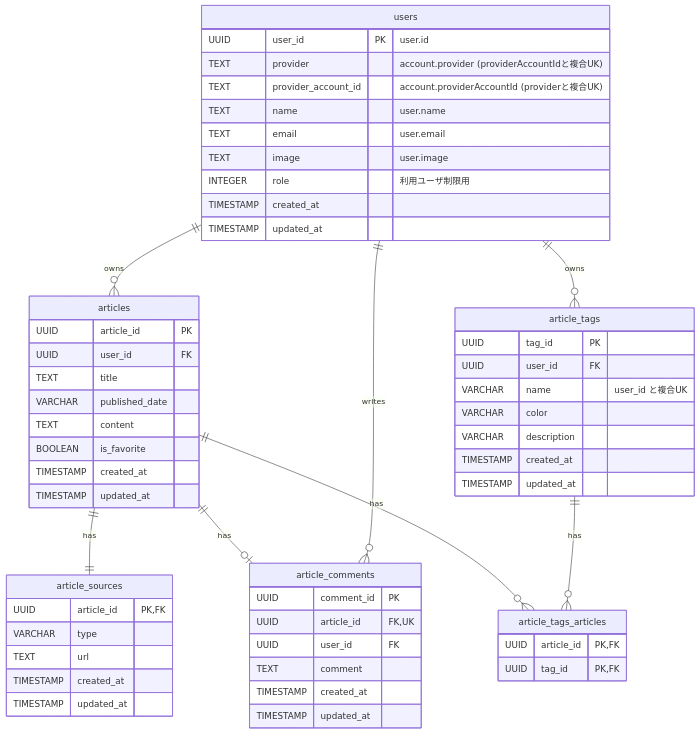
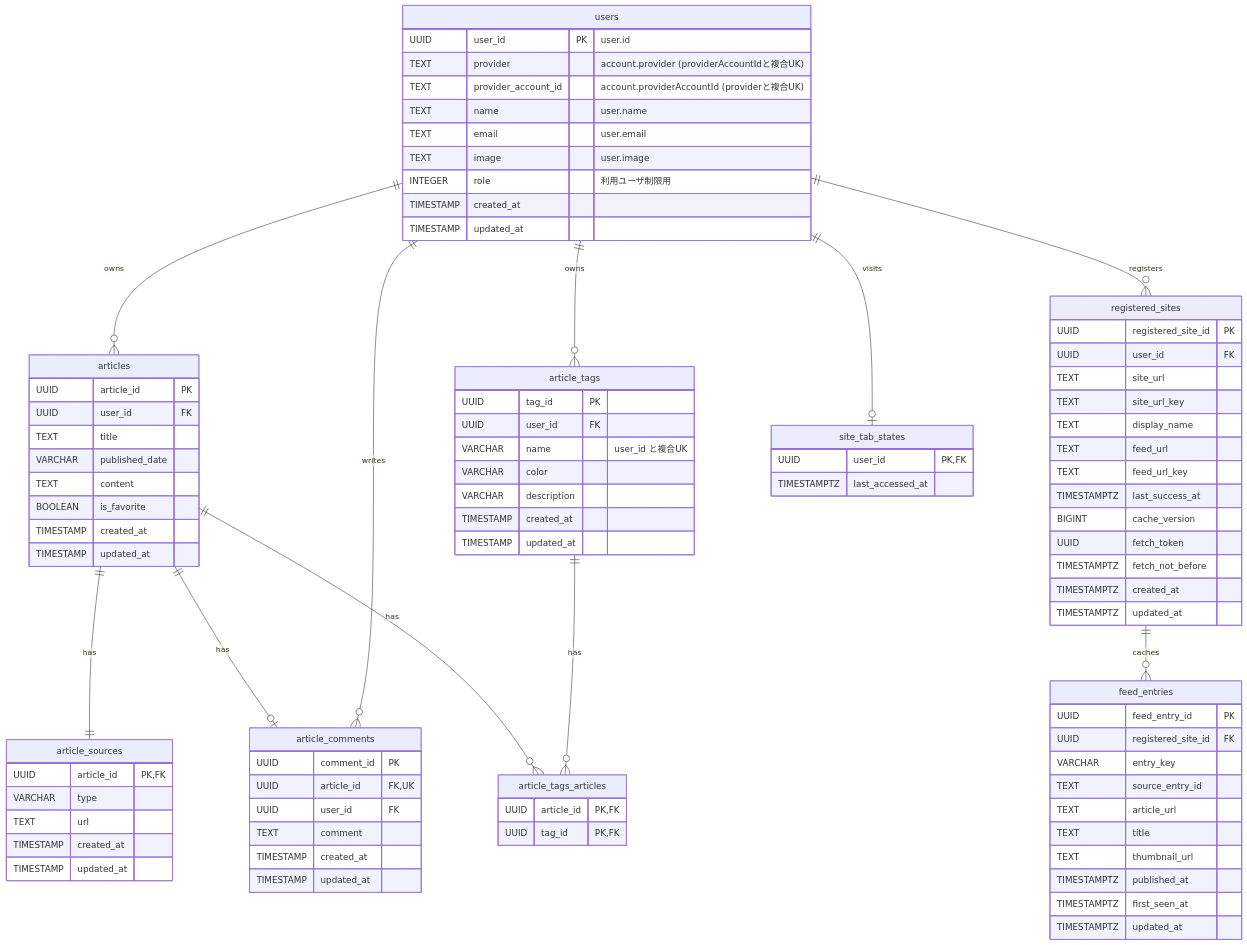
One commit to 2-yudetama/article-freezer changed the diagram in docs/architecture/er.md. Above: the diagram before and after it, drawn with Mermaid. The commit also changed 4 other files, not shown here.

````diff
--- a/docs/architecture/er.md
+++ b/docs/architecture/er.md
@@ -55,6 +55,40 @@
         UUID tag_id PK, FK
     }
 
+    registered_sites {
+        UUID registered_site_id PK
+        UUID user_id FK
+        TEXT site_url
+        TEXT site_url_key
+        TEXT display_name
+        TEXT feed_url
+        TEXT feed_url_key
+        TIMESTAMPTZ last_success_at
+        BIGINT cache_version
+        UUID fetch_token
+        TIMESTAMPTZ fetch_not_before
+        TIMESTAMPTZ created_at
+        TIMESTAMPTZ updated_at
+    }
+
+    feed_entries {
+        UUID feed_entry_id PK
+        UUID registered_site_id FK
+        VARCHAR entry_key
+        TEXT source_entry_id
+        TEXT article_url
+        TEXT title
+        TEXT thumbnail_url
+        TIMESTAMPTZ published_at
+        TIMESTAMPTZ first_seen_at
+        TIMESTAMPTZ updated_at
+    }
+
+    site_tab_states {
+        UUID user_id PK, FK
+        TIMESTAMPTZ last_accessed_at
+    }
+
     users ||--o{ articles : owns
     articles ||--|| article_sources : has
     articles ||--o| article_comments : has
@@ -62,4 +96,7 @@
     users ||--o{ article_tags : owns
     articles ||--o{ article_tags_articles : has
     article_tags ||--o{ article_tags_articles : has
+    users ||--o{ registered_sites : registers
+    users ||--o| site_tab_states : visits
+    registered_sites ||--o{ feed_entries : caches
 ```
````
